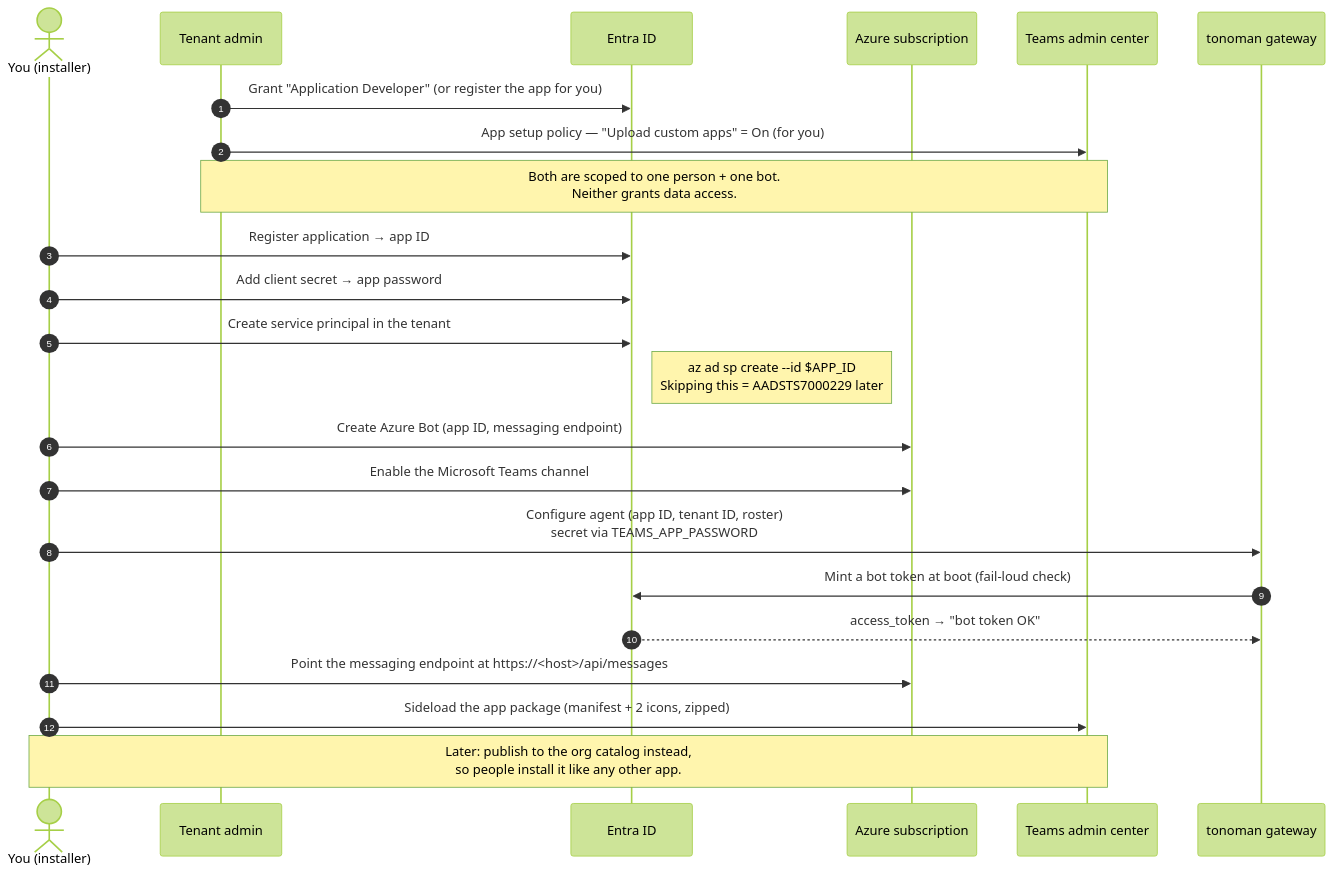
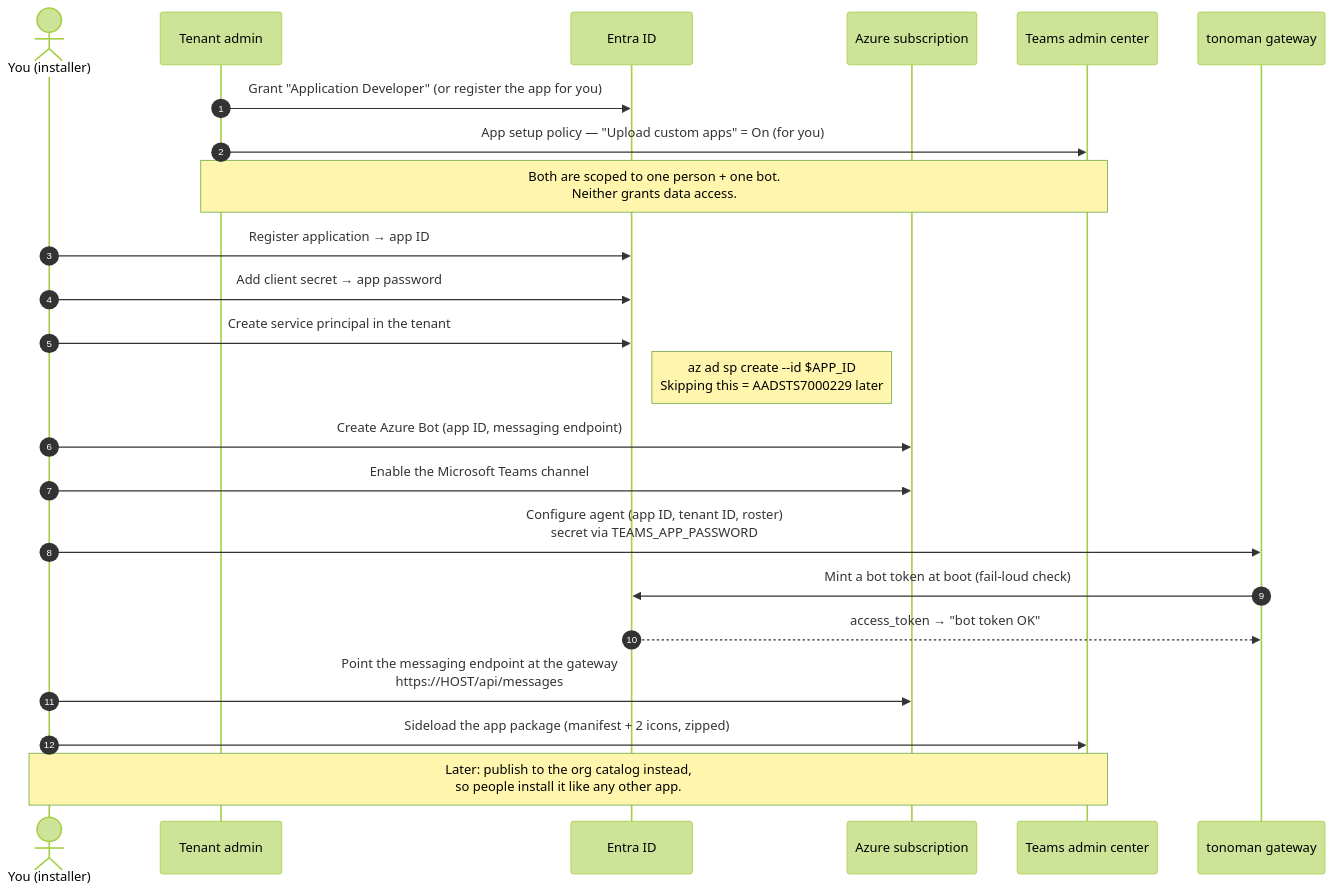
One commit to rodnavarro/tonoman changed the first of 2 diagrams in docs/product/teams-setup.md. Above: the diagram before and after it, drawn with Mermaid (forest theme). The commit also changed other lines of this file, not shown here.

First line of the commit message:
docs(teams): fix the runtime sequence diagram — a semicolon ended the note

````diff
--- a/docs/product/teams-setup.md
+++ b/docs/product/teams-setup.md
@@ -43,30 +43,30 @@
 ```mermaid
 sequenceDiagram
     autonumber
     actor You as You (installer)
     participant Admin as Tenant admin
     participant Entra as Entra ID
     participant Azure as Azure subscription
     participant TAC as Teams admin center
     participant GW as tonoman gateway
 
     Admin->>Entra: Grant "Application Developer" (or register the app for you)
     Admin->>TAC: App setup policy — "Upload custom apps" = On (for you)
     Note over Admin,TAC: Both are scoped to one person + one bot.<br/>Neither grants data access.
 
     You->>Entra: Register application → app ID
     You->>Entra: Add client secret → app password
     You->>Entra: Create service principal in the tenant
     Note right of Entra: az ad sp create --id $APP_ID<br/>Skipping this = AADSTS7000229 later
 
     You->>Azure: Create Azure Bot (app ID, messaging endpoint)
     You->>Azure: Enable the Microsoft Teams channel
 
     You->>GW: Configure agent (app ID, tenant ID, roster)<br/>secret via TEAMS_APP_PASSWORD
     GW->>Entra: Mint a bot token at boot (fail-loud check)
     Entra-->>GW: access_token → "bot token OK"
 
-    You->>Azure: Point the messaging endpoint at https://<host>/api/messages
+    You->>Azure: Point the messaging endpoint at the gateway<br/>https://HOST/api/messages
     You->>TAC: Sideload the app package (manifest + 2 icons, zipped)
     Note over You,TAC: Later: publish to the org catalog instead,<br/>so people install it like any other app.
 ```
````
